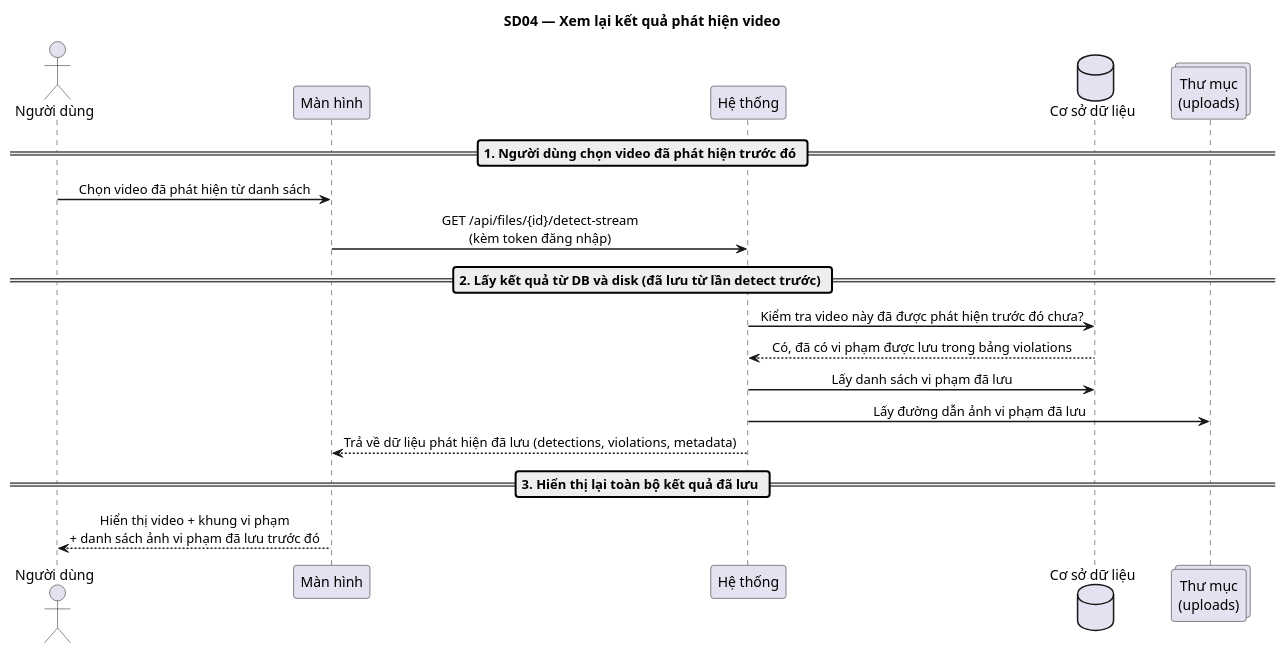
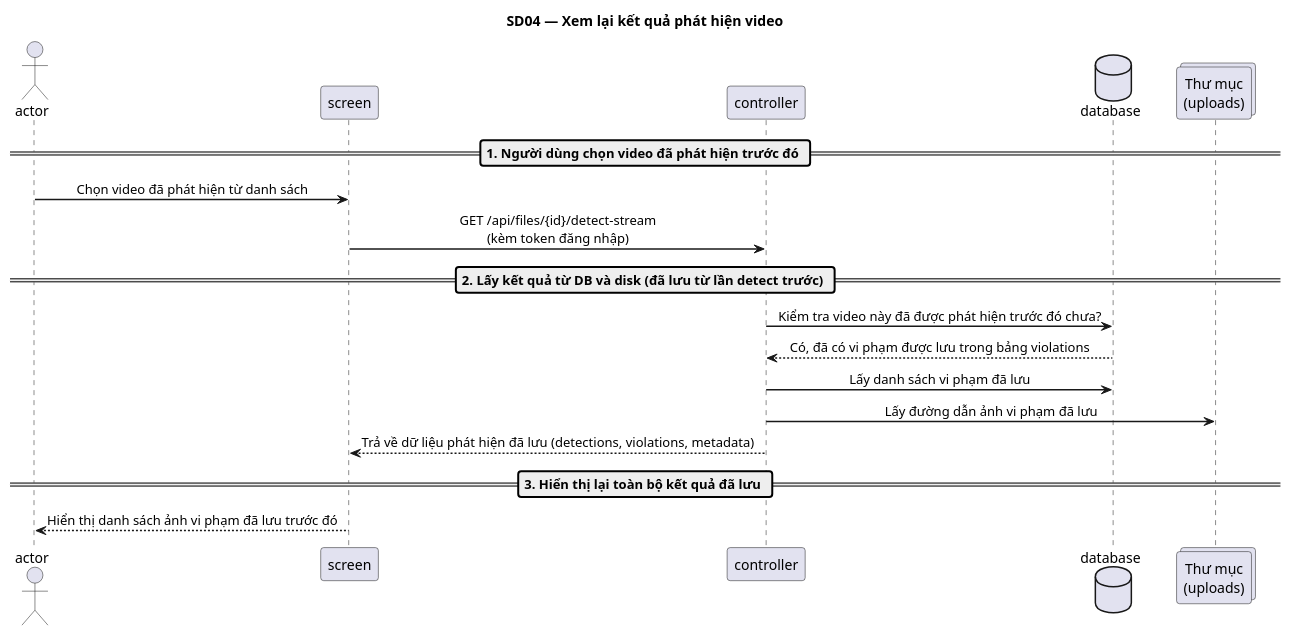
Before and after one commit to giangmichy/Do_an: the fourth of 6 diagrams in 3SOC_Sequence_Diagrams_QA.puml, drawn with PlantUML. The commit also changed other lines of this file and 8 other files, not shown here.

```diff
--- a/3SOC_Sequence_Diagrams_QA.puml
+++ b/3SOC_Sequence_Diagrams_QA.puml
@@ -181,36 +168,36 @@
 @startuml SD04_ViewCachedVideo
 title SD04 — Xem lại kết quả phát hiện video
 
 skinparam sequenceMessageAlign center
 skinparam ParticipantPadding 20
 skinparam BoxPadding 10
 skinparam sequenceArrowThickness 1.5
 skinparam roundcorner 6
 
-actor       "Người dùng" as User
-participant "Màn hình"  as FE
-participant "Hệ thống"    as BE
-database    "Cơ sở dữ liệu" as DB
+actor       "actor" as User
+participant "screen"  as FE
+participant "controller"    as BE
+database    "database" as DB
 collections "Thư mục\n(uploads)"    as Disk
 
 ' ========== BƯỚC 1: CHỌN VIDEO ĐÃ QUA DETECT ==========
 == 1. Người dùng chọn video đã phát hiện trước đó ==
 
 User -> FE : Chọn video đã phát hiện từ danh sách
 FE -> BE : GET /api/files/{id}/detect-stream\n(kèm token đăng nhập)
 
 ' ========== BƯỚC 2: LẤY KẾT QUẢ TỪ CSDL VÀ DISK ==========
 == 2. Lấy kết quả từ DB và disk (đã lưu từ lần detect trước) ==
 
 BE -> DB : Kiểm tra video này đã được phát hiện trước đó chưa?
 DB --> BE : Có, đã có vi phạm được lưu trong bảng violations
 BE -> DB : Lấy danh sách vi phạm đã lưu
 BE -> Disk : Lấy đường dẫn ảnh vi phạm đã lưu
 BE --> FE : Trả về dữ liệu phát hiện đã lưu (detections, violations, metadata)
 
 ' ========== BƯỚC 3: HIỂN THỊ KẾT QUẢ ==========
 == 3. Hiển thị lại toàn bộ kết quả đã lưu ==
 
-FE --> User : Hiển thị video + khung vi phạm\n+ danh sách ảnh vi phạm đã lưu trước đó
+FE --> User : Hiển thị danh sách ảnh vi phạm đã lưu trước đó
 
 @enduml
```
